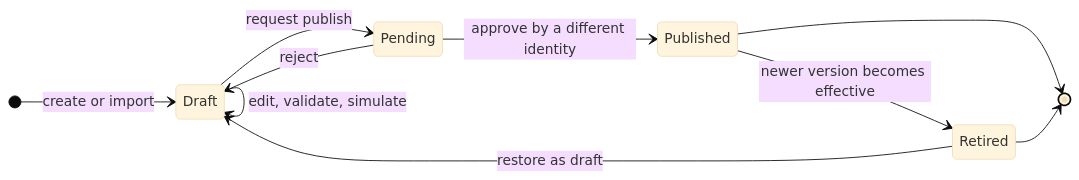
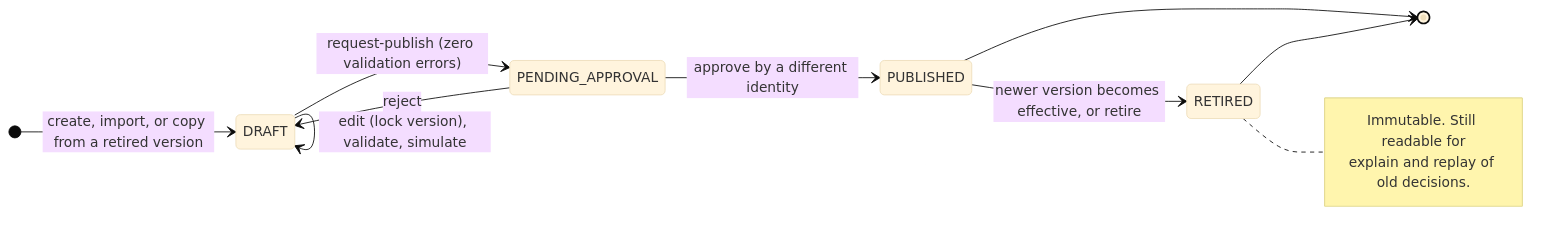
The diagram in wiki/diagrams/version-lifecycle.mmd (dhluong90/horus-Agentic-BPM), drawn with Mermaid (base theme) before and after one commit. The commit also changed 61 other files, not shown here.

```diff
--- a/wiki/diagrams/version-lifecycle.mmd
+++ b/wiki/diagrams/version-lifecycle.mmd
@@ -1,11 +1,14 @@
 stateDiagram-v2
   direction LR
-  [*] --> Draft: create or import
-  Draft --> Draft: edit, validate, simulate
-  Draft --> Pending: request publish
-  Pending --> Draft: reject
-  Pending --> Published: approve by a different identity
-  Published --> Retired: newer version becomes effective
-  Retired --> Draft: restore as draft
-  Published --> [*]
-  Retired --> [*]
+  [*] --> DRAFT: create, import, or copy from a retired version
+  DRAFT --> DRAFT: edit (lock version), validate, simulate
+  DRAFT --> PENDING_APPROVAL: request-publish (zero validation errors)
+  PENDING_APPROVAL --> DRAFT: reject
+  PENDING_APPROVAL --> PUBLISHED: approve by a different identity
+  PUBLISHED --> RETIRED: newer version becomes effective, or retire
+  PUBLISHED --> [*]
+  RETIRED --> [*]
+  note right of RETIRED
+    Immutable. Still readable for
+    explain and replay of old decisions.
+  end note
```
